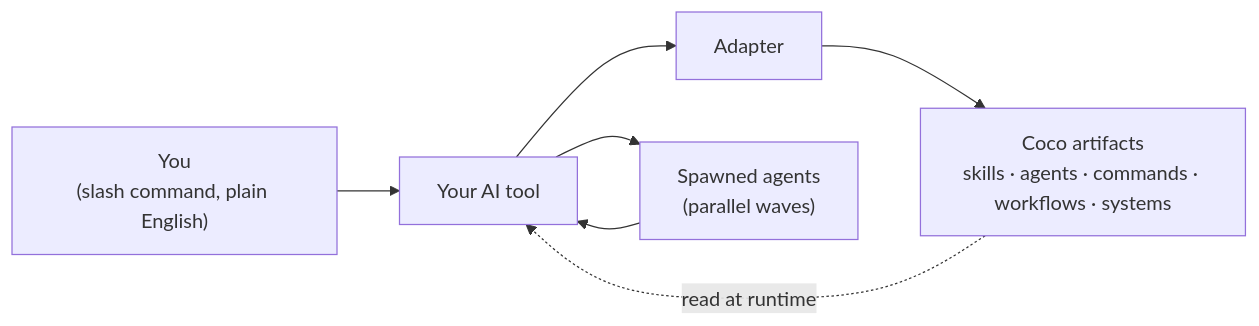
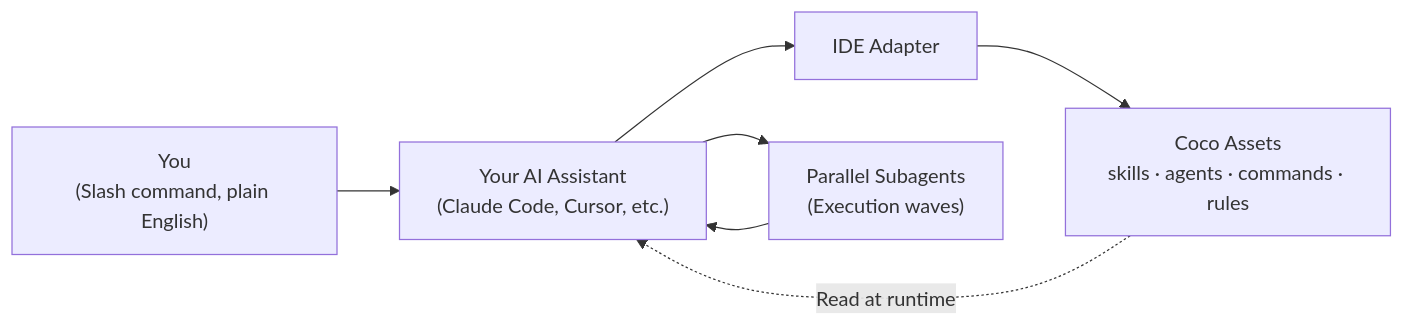
One commit to coco-research/coco changed the diagram in README.md. Above: the diagram before and after it, drawn with Mermaid. The commit also changed other lines of this file, not shown here.

Commit message:
docs(readme): rewrite README to show true scale of 860 assets and 389-persona Superintelligence board

````diff
--- a/README.md
+++ b/README.md
@@ -434,9 +406,9 @@
 ```mermaid
 flowchart LR
-  U["You<br/>(slash command, plain English)"] --> AI["Your AI tool"]
-  AI --> A["Adapter"]
-  A --> S["Coco artifacts<br/>skills · agents · commands · workflows · systems"]
-  S -.read at runtime.-> AI
-  AI --> Agents["Spawned agents<br/>(parallel waves)"]
+  U["You<br/>(Slash command, plain English)"] --> AI["Your AI Assistant<br/>(Claude Code, Cursor, etc.)"]
+  AI --> A["IDE Adapter"]
+  A --> S["Coco Assets<br/>skills · agents · commands · rules"]
+  S -. Read at runtime .-> AI
+  AI --> Agents["Parallel Subagents<br/>(Execution waves)"]
   Agents --> AI
 ```
````
